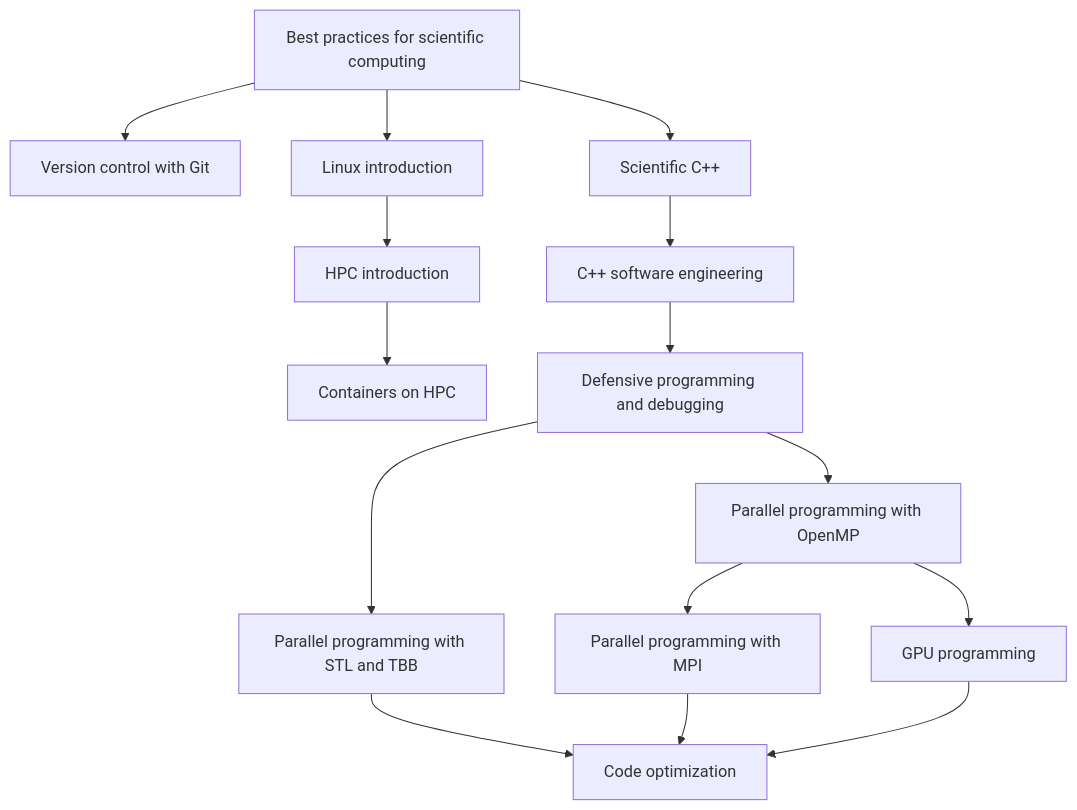
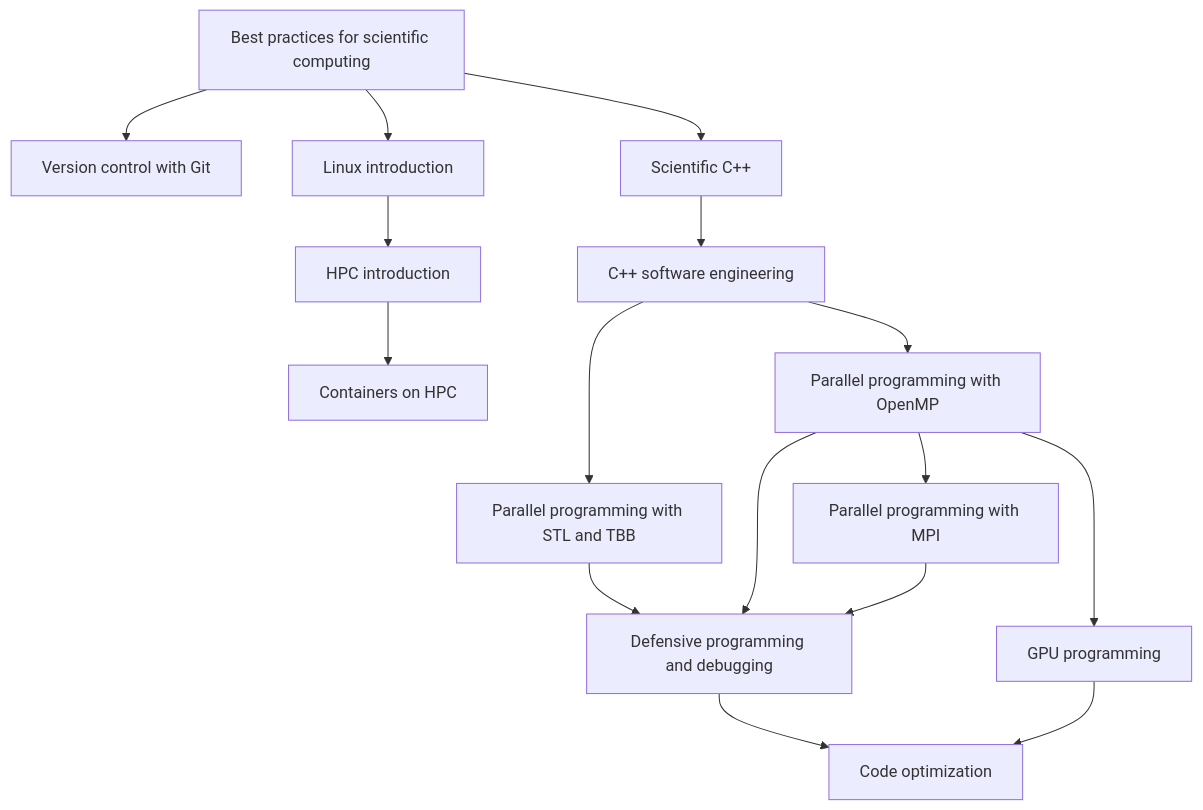
Before and after one commit to gjbex/Training-sessions: the diagram in docs/learning_path_hpc_application_development_cpp.md, drawn with Mermaid. The commit also changed other lines of this file and 2 other files, not shown here.

Commit message:
Swap dependencies of parallel programming and defensive programming and debugging

````diff
--- a/docs/learning_path_hpc_application_development_cpp.md
+++ b/docs/learning_path_hpc_application_development_cpp.md
@@ -6,30 +6,31 @@
 ```mermaid
 graph TD
   Best_practices_for_scientific_computing[Best practices for scientific computing] --> Version_control_with_git[Version control with Git]
   Best_practices_for_scientific_computing --> Linux_intro[Linux introduction]
   Linux_intro --> HPC_intro[HPC introduction]
   HPC_intro --> Containers_on_HPC[Containers on HPC]
   Best_practices_for_scientific_computing --> Scientific_Cpp[Scientific C++]
   Scientific_Cpp --> Cpp_software_engineering[C++ software engineering]
-  Cpp_software_engineering --> Defensive_programming_and_debugging[Defensive programming and debugging]
-  Defensive_programming_and_debugging --> Parallel_programming_with_STL_and_TBB[Parallel programming with STL and TBB]
-  Defensive_programming_and_debugging --> Parallel_programming_with_OpenMP[Parallel programming with OpenMP]
+  Cpp_software_engineering --> Parallel_programming_with_STL_and_TBB[Parallel programming with STL and TBB]
+  Cpp_software_engineering --> Parallel_programming_with_OpenMP[Parallel programming with OpenMP]
   Parallel_programming_with_OpenMP --> Parallel_programming_with_MPI[Parallel programming with MPI]
-  Parallel_programming_with_STL_and_TBB --> Code_optimization[Code optimization]
-  Parallel_programming_with_MPI --> Code_optimization
+  Parallel_programming_with_STL_and_TBB --> Defensive_programming_and_debugging[Defensive programming and debugging]
+  Parallel_programming_with_OpenMP --> Defensive_programming_and_debugging
+  Parallel_programming_with_MPI --> Defensive_programming_and_debugging
+  Defensive_programming_and_debugging --> Code_optimization[Code optimization]
   Parallel_programming_with_OpenMP --> GPU_programming[GPU programming]
   GPU_programming --> Code_optimization
   click Best_practices_for_scientific_computing "https://gjbex.github.io/Best-practices-for-scientific-computing/" "Best practices for scientific computing"
   click Version_control_with_git "https://gjbex.github.io/Version-control-with-git" "Version control with Git"
   click Linux_intro "https://gjbex.github.io/Training-sessions/linux_intro" "Linux introduction"
   click HPC_intro "https://gjbex.github.io/Training-sessions/hpc_intro" "HPC introduction"
   click Containers_on_HPC "https://gjbex.github.io/Containers-for-HPC/" "Containers on HPC"
   click Scientific_Cpp "https://gjbex.github.io/Scientific-C-plus-plus/" "Scientific C++"
   click Cpp_software_engineering "https://gjbex.github.io/C-plus-plus-software-engineering/" "C++ software engineering"
   click Defensive_programming_and_debugging "https://gjbex.github.io/Defensive-programming-and-debugging/" "Defensive programming and debugging"
   click Parallel_programming_with_STL_and_TBB "https://gjbex.github.io/Training-sessions/parallel_programming_with_stl_and_tbb" "Parallel programming with STL and TBB"
   click Parallel_programming_with_OpenMP "https://gjbex.github.io/Training-sessions/parallel_programming_with_openmp" "Parallel programming with OpenMP"
   click Parallel_programming_with_MPI "https://gjbex.github.io/Training-sessions/parallel_programming_with_mpi" "Parallel programming with MPI"
   click GPU_programming "https://gjbex.github.io/GPU-programming/" "GPU programming"
   click Code_optimization "https://gjbex.github.io/Code-optimization/" "Code optimization"
 ```
````
